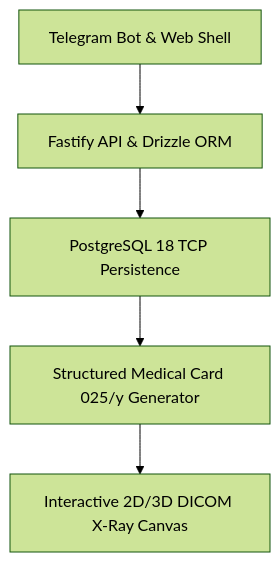
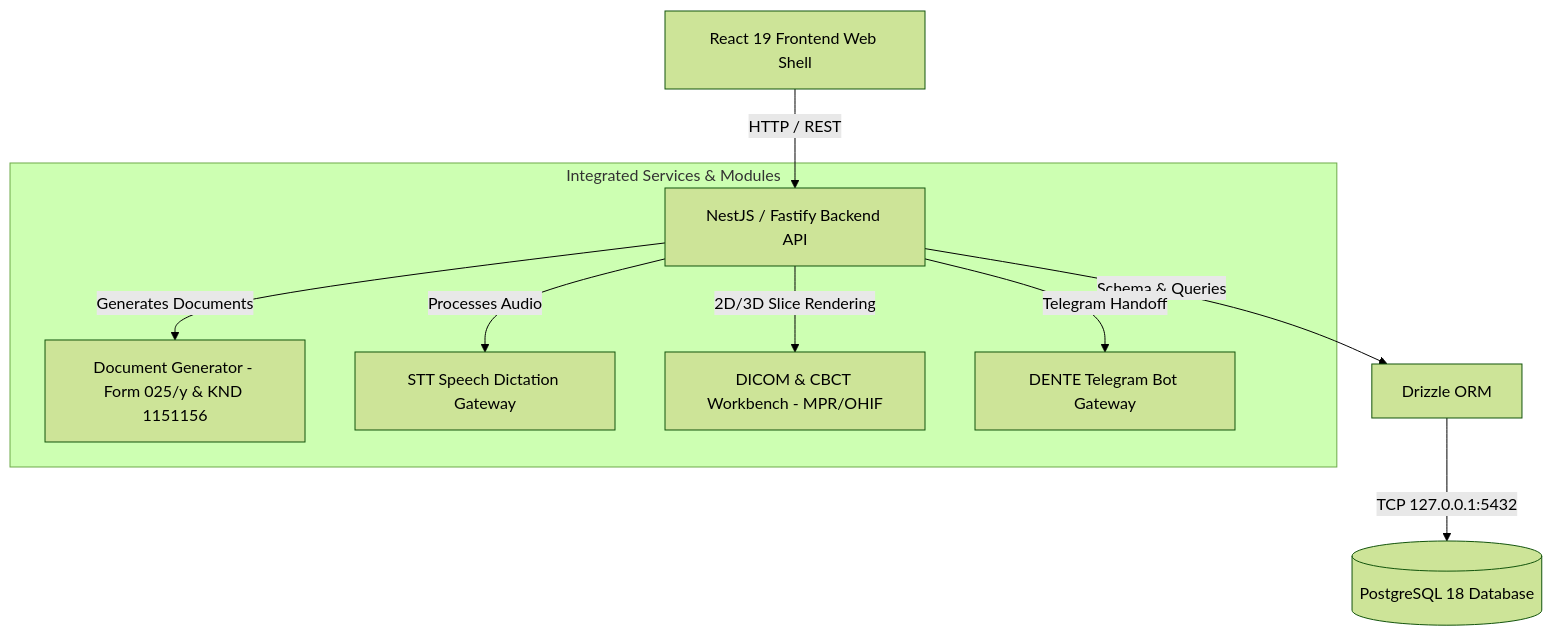
Before and after one commit to marko1olo/dental-crm: the diagram in README.md, drawn with Mermaid (forest theme). The commit also changed other lines of this file and 5260 other files, not shown here.

````diff
--- a/README.md
+++ b/README.md
@@ -64,7 +22,13 @@
 ```mermaid
 graph TD
-    A[Telegram Bot & Web Shell] --> B[Fastify API & Drizzle ORM]
-    B --> C[PostgreSQL 18 TCP Persistence]
-    C --> D[Structured Medical Card 025/у Generator]
-    D --> E[Interactive 2D/3D DICOM X-Ray Canvas]
+    Client[React 19 Frontend Web Shell] -->|HTTP / REST| API[NestJS / Fastify Backend API]
+    API -->|Schema & Queries| Drizzle[Drizzle ORM]
+    Drizzle -->|TCP 127.0.0.1:5432| DB[(PostgreSQL 18 Database)]
+    
+    subgraph Integrated Services & Modules
+        API -->|Generates Documents| DocEngine[Document Generator - Form 025/у & KND 1151156]
+        API -->|Processes Audio| STTGateway[STT Speech Dictation Gateway]
+        API -->|2D/3D Slice Rendering| DICOMEngine[DICOM & CBCT Workbench - MPR/OHIF]
+        API -->|Telegram Handoff| TelegramBot[DENTE Telegram Bot Gateway]
+    end
 ```
````
